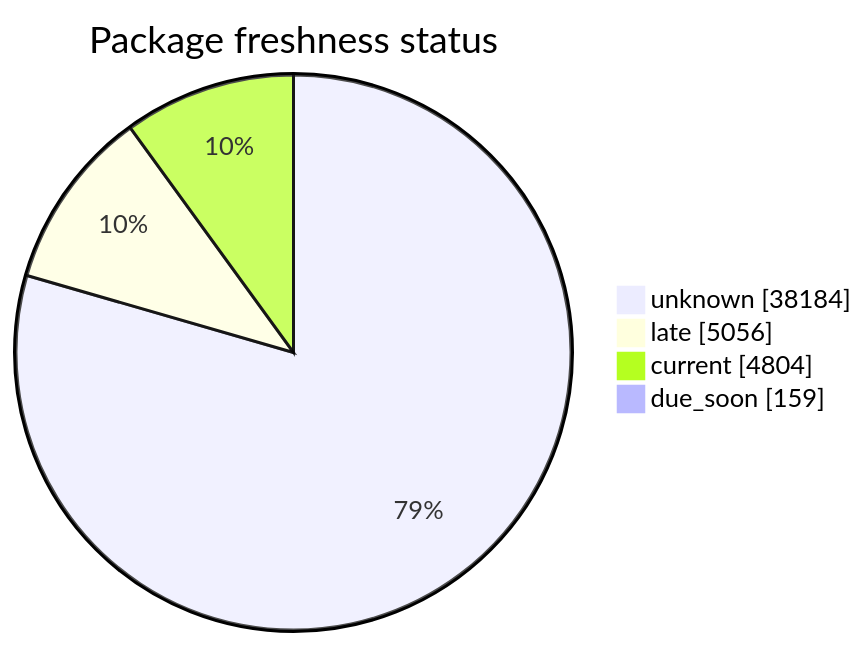
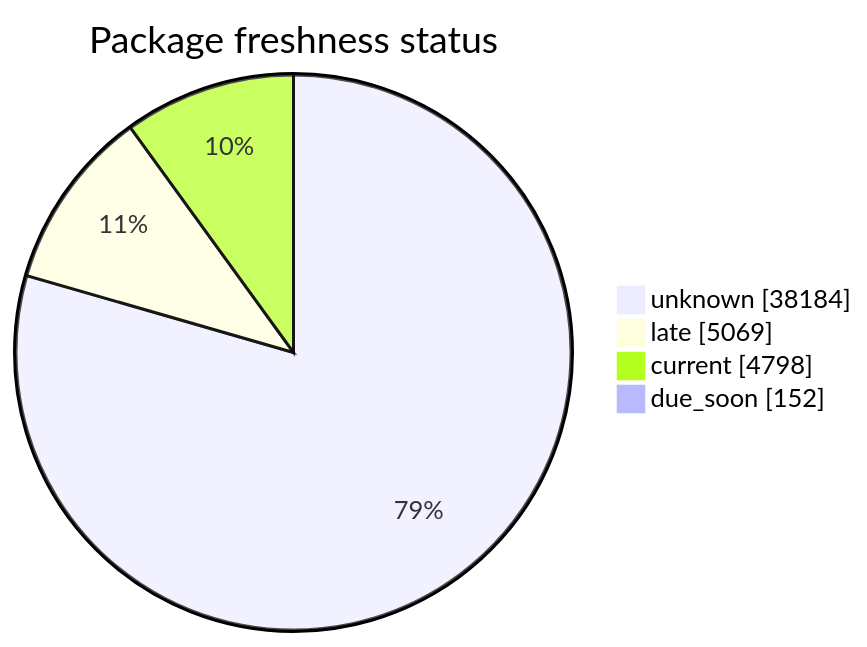
Before and after one commit to open-data/analytics-corporate-reporting: the second of 5 diagrams in FreshCheck/README.md, drawn with Mermaid. The commit also changed other lines of this file and 3 other files, not shown here.

````diff
--- a/FreshCheck/README.md
+++ b/FreshCheck/README.md
@@ -68,7 +68,7 @@
 ```mermaid
 pie showData title Package freshness status
     "unknown": 38184
-    "late": 5056
-    "current": 4804
-    "due_soon": 159
+    "late": 5069
+    "current": 4798
+    "due_soon": 152
 ```
````
